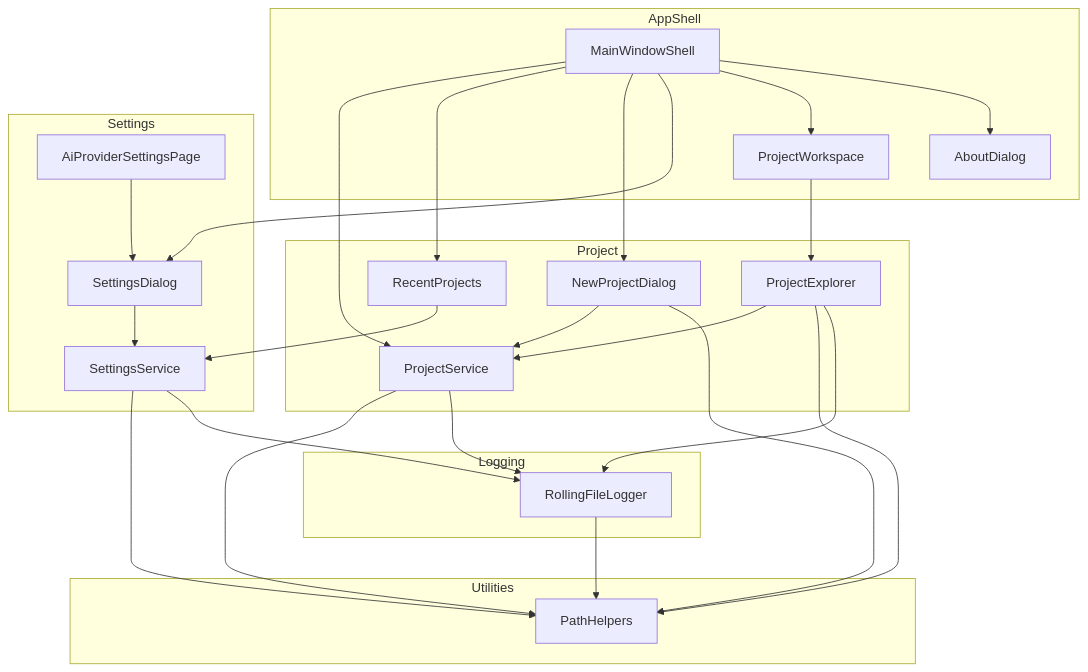
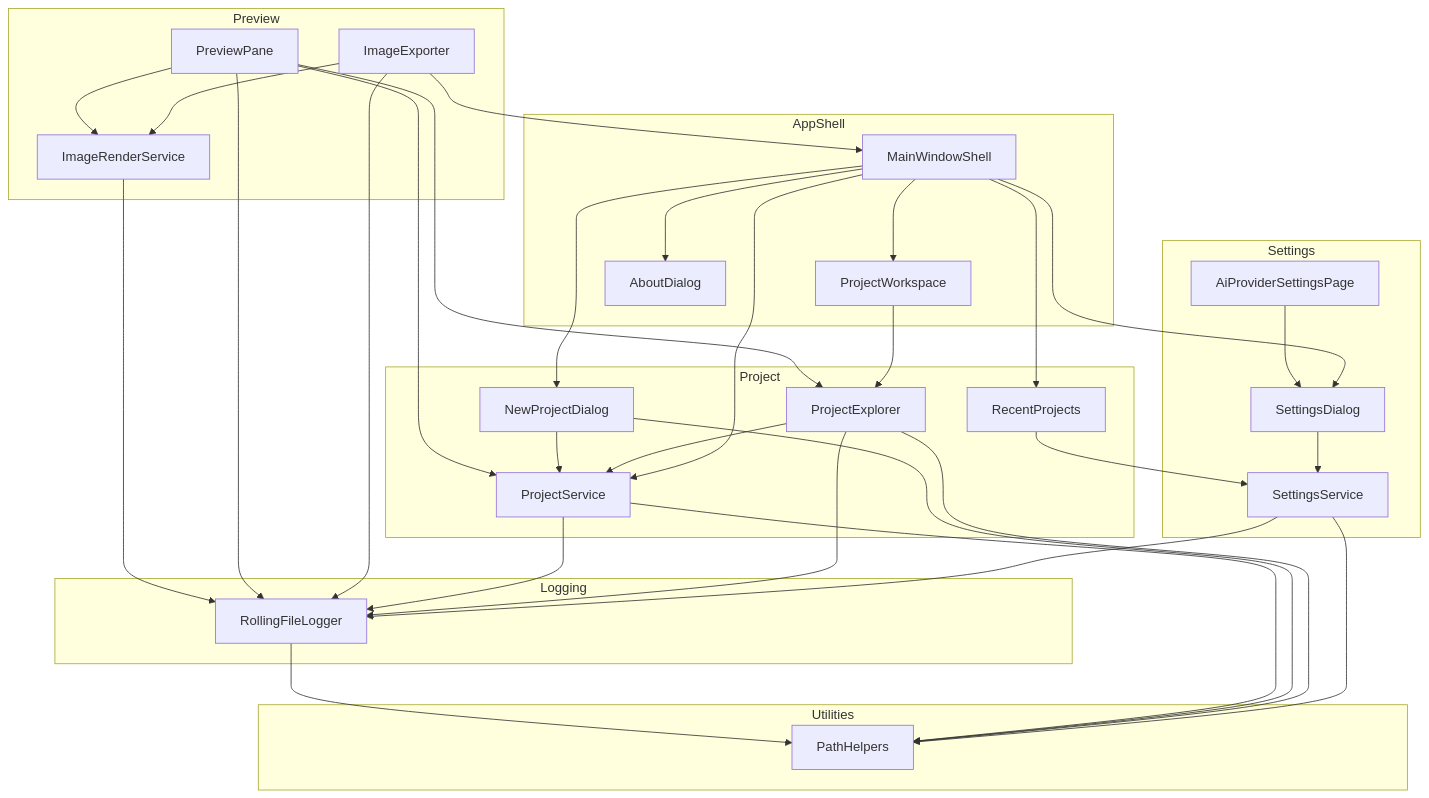
The diagram in docs/design/canvas-pilot.md (demaconsulting/CanvasPilot), drawn with Mermaid before and after one commit. The commit also changed other lines of this file and 70 other files, not shown here.

````diff
--- a/docs/design/canvas-pilot.md
+++ b/docs/design/canvas-pilot.md
@@ -12,45 +11,58 @@
 ```mermaid
 flowchart TD
     subgraph AppShell
         MainWindowShell
         ProjectWorkspace
         AboutDialog
     end
     subgraph Logging
         RollingFileLogger
+    end
+    subgraph Preview
+        ImageRenderService
+        PreviewPane
+        ImageExporter
     end
     subgraph Project
         ProjectService
         RecentProjects
         NewProjectDialog
         ProjectExplorer
     end
     subgraph Settings
         SettingsService
         SettingsDialog
         AiProviderSettingsPage
     end
     subgraph Utilities
         PathHelpers
     end
     RollingFileLogger --> PathHelpers
+    ImageRenderService --> RollingFileLogger
+    PreviewPane --> ImageRenderService
+    PreviewPane --> ProjectExplorer
+    PreviewPane --> ProjectService
+    PreviewPane --> RollingFileLogger
+    ImageExporter --> ImageRenderService
+    ImageExporter --> MainWindowShell
+    ImageExporter --> RollingFileLogger
     ProjectService --> PathHelpers
     ProjectService --> RollingFileLogger
     RecentProjects --> SettingsService
     NewProjectDialog --> ProjectService
     NewProjectDialog --> PathHelpers
     ProjectExplorer --> ProjectService
     ProjectExplorer --> PathHelpers
     ProjectExplorer --> RollingFileLogger
     SettingsService --> PathHelpers
     SettingsService --> RollingFileLogger
     SettingsDialog --> SettingsService
     AiProviderSettingsPage --> SettingsDialog
     MainWindowShell --> ProjectService
     MainWindowShell --> RecentProjects
     MainWindowShell --> NewProjectDialog
     MainWindowShell --> SettingsDialog
     MainWindowShell --> ProjectWorkspace
     MainWindowShell --> AboutDialog
     ProjectWorkspace --> ProjectExplorer
 ```
````
